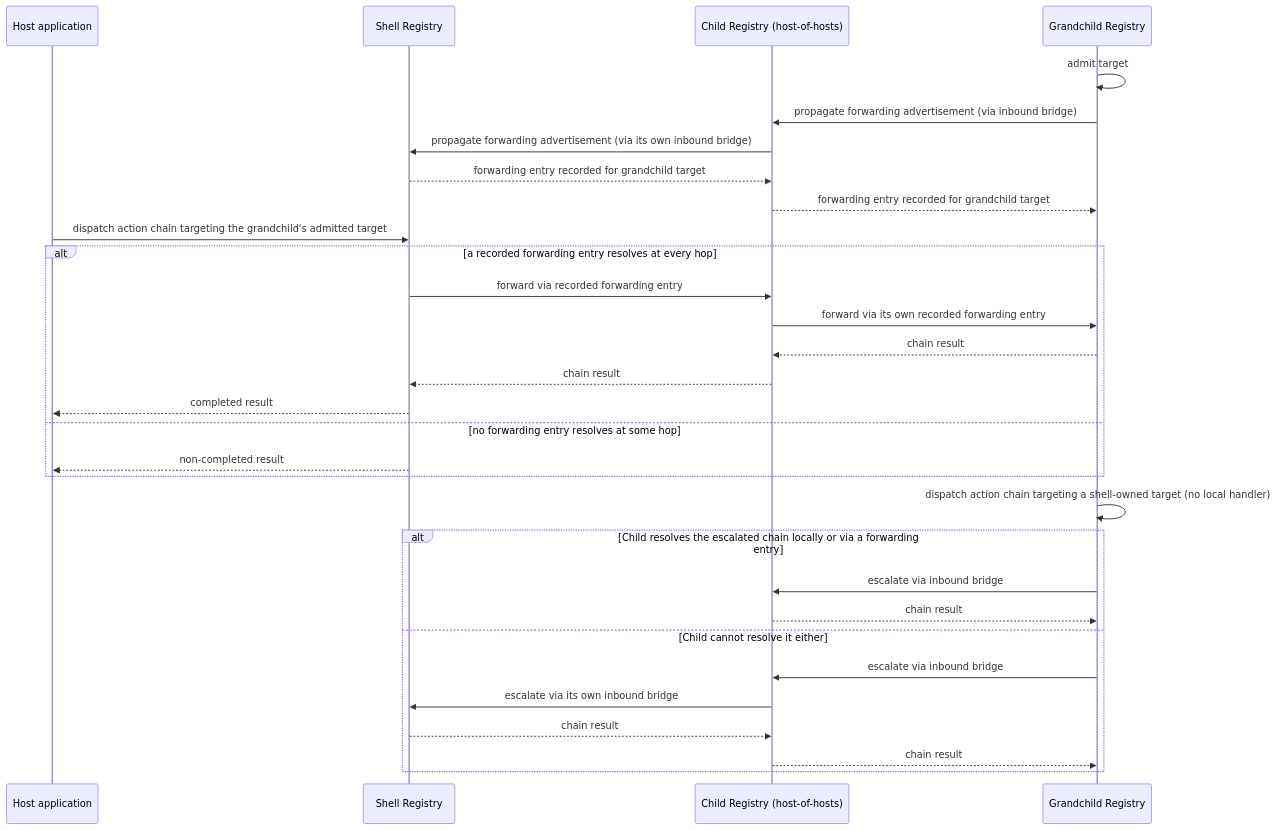
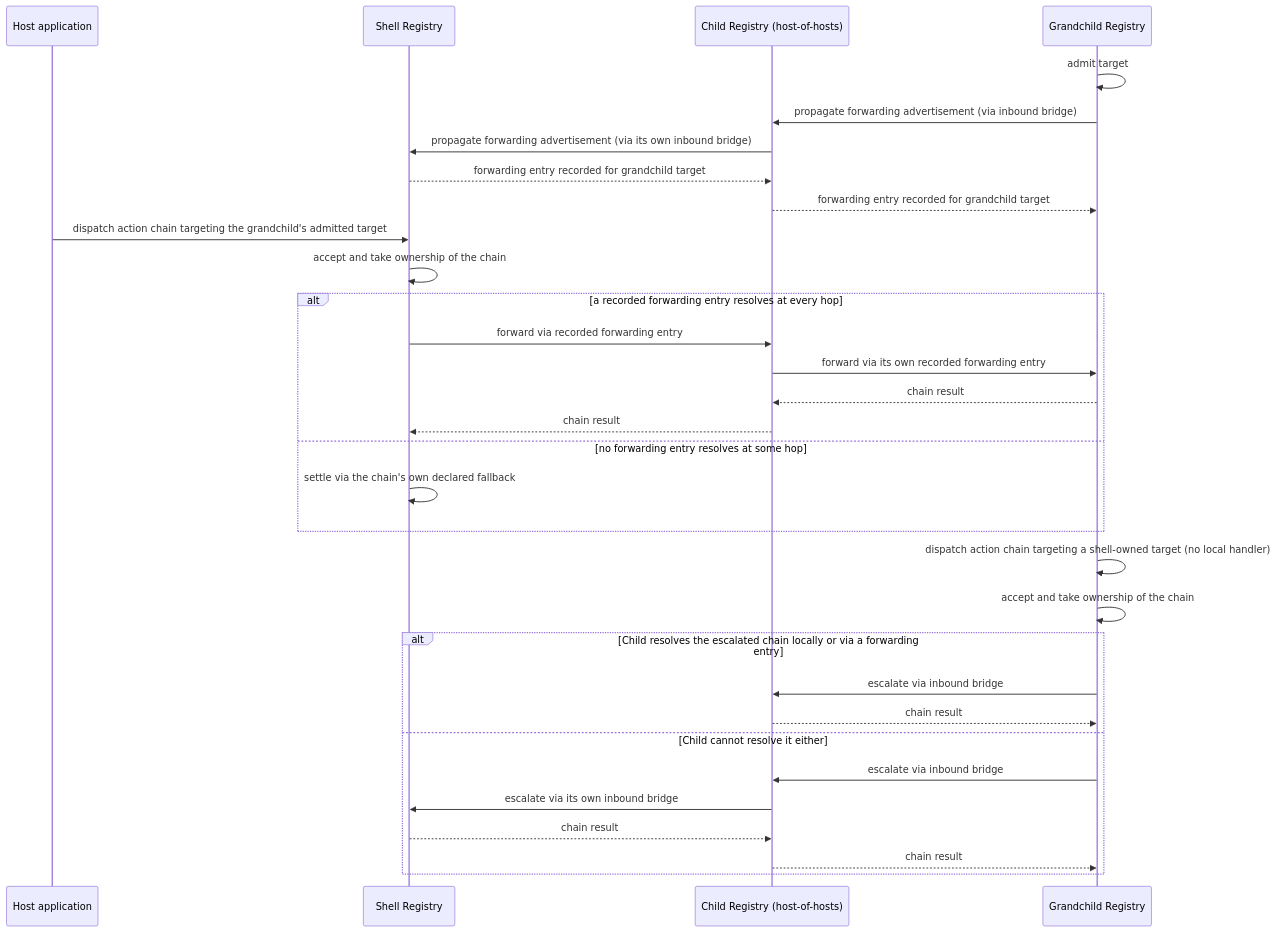
Before and after one commit to GeraBart/gears-frontx: the fourth of 4 diagrams in packages/mfes/architecture/DESIGN.md, drawn with Mermaid. The commit also changed other lines of this file and 3 other files, not shown here.

````diff
--- a/packages/mfes/architecture/DESIGN.md
+++ b/packages/mfes/architecture/DESIGN.md
@@ -365,32 +384,33 @@
 ```mermaid
 sequenceDiagram
     participant App as Host application
     participant Shell as Shell Registry
     participant Child as Child Registry (host-of-hosts)
     participant Grand as Grandchild Registry
     Grand->>Grand: admit target
     Grand->>Child: propagate forwarding advertisement (via inbound bridge)
     Child->>Shell: propagate forwarding advertisement (via its own inbound bridge)
     Shell-->>Child: forwarding entry recorded for grandchild target
     Child-->>Grand: forwarding entry recorded for grandchild target
     App->>Shell: dispatch action chain targeting the grandchild's admitted target
+    Shell->>Shell: accept and take ownership of the chain
     alt a recorded forwarding entry resolves at every hop
         Shell->>Child: forward via recorded forwarding entry
         Child->>Grand: forward via its own recorded forwarding entry
         Grand-->>Child: chain result
         Child-->>Shell: chain result
-        Shell-->>App: completed result
     else no forwarding entry resolves at some hop
-        Shell-->>App: non-completed result
+        Shell->>Shell: settle via the chain's own declared fallback
     end
     Grand->>Grand: dispatch action chain targeting a shell-owned target (no local handler)
+    Grand->>Grand: accept and take ownership of the chain
     alt Child resolves the escalated chain locally or via a forwarding entry
         Grand->>Child: escalate via inbound bridge
         Child-->>Grand: chain result
     else Child cannot resolve it either
         Grand->>Child: escalate via inbound bridge
         Child->>Shell: escalate via its own inbound bridge
         Shell-->>Child: chain result
         Child-->>Grand: chain result
     end
 ```
````
